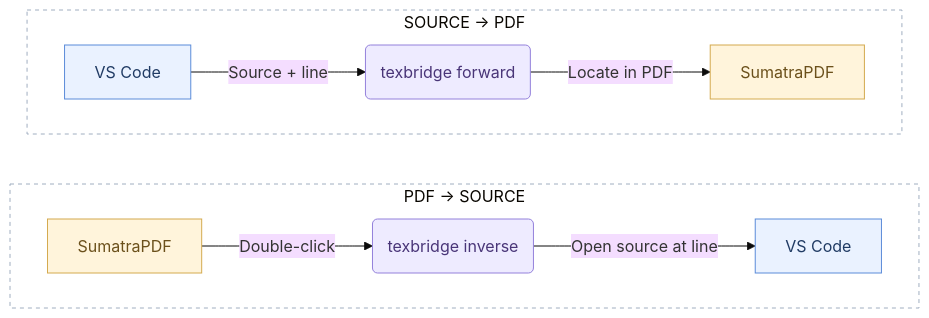
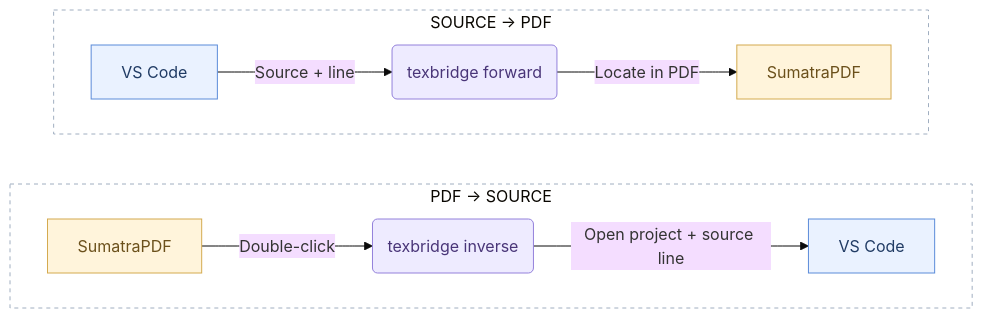
Before and after one commit to shunnli/texbridge: the diagram in README.md, drawn with Mermaid (base theme). The commit also changed other lines of this file and 4 other files, not shown here.

First line of the commit message:
Open project folders during inverse search

````diff
--- a/README.md
+++ b/README.md
@@ -24,25 +24,25 @@
 ```mermaid
 flowchart TB
     subgraph forward ["SOURCE → PDF"]
         direction LR
         V1["VS Code"] -->|"Source + line"| F("texbridge forward")
         F -->|"Locate in PDF"| S1["SumatraPDF"]
     end
 
     subgraph inverse ["PDF → SOURCE"]
         direction LR
         S2["SumatraPDF"] -->|"Double-click"| I("texbridge inverse")
-        I -->|"Open source at line"| V2["VS Code"]
+        I -->|"Open project + source line"| V2["VS Code"]
     end
 
     forward ~~~ inverse
 
     classDef editor fill:#eaf2ff,stroke:#5b8bd9,color:#203b64
     classDef bridge fill:#eeebff,stroke:#9380db,color:#493578
     classDef viewer fill:#fff4db,stroke:#d4aa4f,color:#6b501b
     class V1,V2 editor
     class F,I bridge
     class S1,S2 viewer
     style forward fill:transparent,stroke:#a0aec0,stroke-dasharray:4 4
     style inverse fill:transparent,stroke:#a0aec0,stroke-dasharray:4 4
 ```
````
